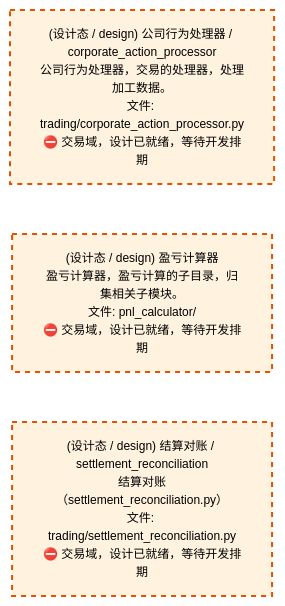
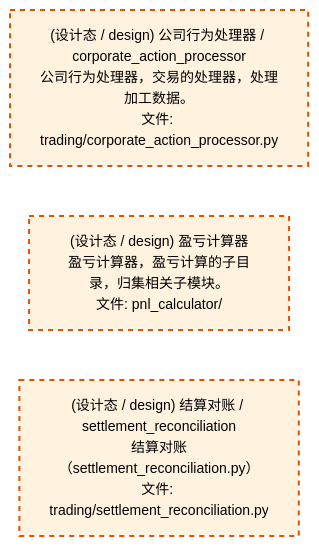
One commit to xuanFelixVan/ZephyrAlpha changed the third of 4 diagrams in docs/02_enterprise_architecture/02_domain_architecture_docs/72_d_trading.md. Above: the diagram before and after it, drawn with Mermaid. The commit also changed other lines of this file and 61 other files, not shown here.

````diff
--- a/docs/02_enterprise_architecture/02_domain_architecture_docs/72_d_trading.md
+++ b/docs/02_enterprise_architecture/02_domain_architecture_docs/72_d_trading.md
@@ -298,14 +298,14 @@
 ```mermaid
-%%{init: {'theme': 'base', 'themeVariables': {'primaryColor': '#eaeaea', 'primaryTextColor': '#333333', 'primaryBorderColor': '#666666', 'lineColor': '#666666', 'secondaryColor': '#eaeaea', 'tertiaryColor': '#eaeaea', 'fontSize': '12px'}}}%%
+%%{init: {'theme': 'base', 'themeVariables': {'primaryColor': '#eaeaea', 'primaryTextColor': '#333333', 'primaryBorderColor': '#666666', 'lineColor': '#666666', 'secondaryColor': '#eaeaea', 'tertiaryColor': '#eaeaea', 'fontSize': '14px'}}}%%
 flowchart TD
-    src_zephyr_trading_corporate_action_processor_py["(设计态 / design) 公司行为处理器 / corporate_action_processor<br/>公司行为处理器，交易的处理器，处理加工数据。<br/>文件: trading/corporate_action_processor.py<br/>⛔ 交易域，设计已就绪，等待开发排期"]
-    src_zephyr_trading_pnl_calculator["(设计态 / design) 盈亏计算器<br/>盈亏计算器，盈亏计算的子目录，归集相关子模块。<br/>文件: pnl_calculator/<br/>⛔ 交易域，设计已就绪，等待开发排期"]
-    src_zephyr_trading_settlement_reconciliation_py["(设计态 / design) 结算对账 / settlement_reconciliation<br/>结算对账（settlement_reconciliation.py）<br/>文件: trading/settlement_reconciliation.py<br/>⛔ 交易域，设计已就绪，等待开发排期"]
+    src_zephyr_trading_corporate_action_processor_py["(设计态 / design) 公司行为处理器 / corporate_action_processor<br/>公司行为处理器，交易的处理器，处理加工数据。<br/>文件: trading/corporate_action_processor.py"]
+    src_zephyr_trading_pnl_calculator["(设计态 / design) 盈亏计算器<br/>盈亏计算器，盈亏计算的子目录，归集相关子模块。<br/>文件: pnl_calculator/"]
+    src_zephyr_trading_settlement_reconciliation_py["(设计态 / design) 结算对账 / settlement_reconciliation<br/>结算对账（settlement_reconciliation.py）<br/>文件: trading/settlement_reconciliation.py"]
     src_zephyr_trading_corporate_action_processor_py ~~~ src_zephyr_trading_pnl_calculator
     src_zephyr_trading_pnl_calculator ~~~ src_zephyr_trading_settlement_reconciliation_py
     classDef production fill:#e1f5fe,stroke:#01579b,stroke-width:2px,color:#000
     classDef design fill:#fff3e0,stroke:#e65100,stroke-width:2px,color:#000,stroke-dasharray: 5 5
     classDef external_prod fill:#e8f4fd,stroke:#0277bd,stroke-width:1px,color:#000
     classDef external_design fill:#fff8e7,stroke:#ef6c00,stroke-width:1px,color:#000,stroke-dasharray: 5 5
     class src_zephyr_trading_corporate_action_processor_py,src_zephyr_trading_pnl_calculator,src_zephyr_trading_settlement_reconciliation_py design
 ```
````
